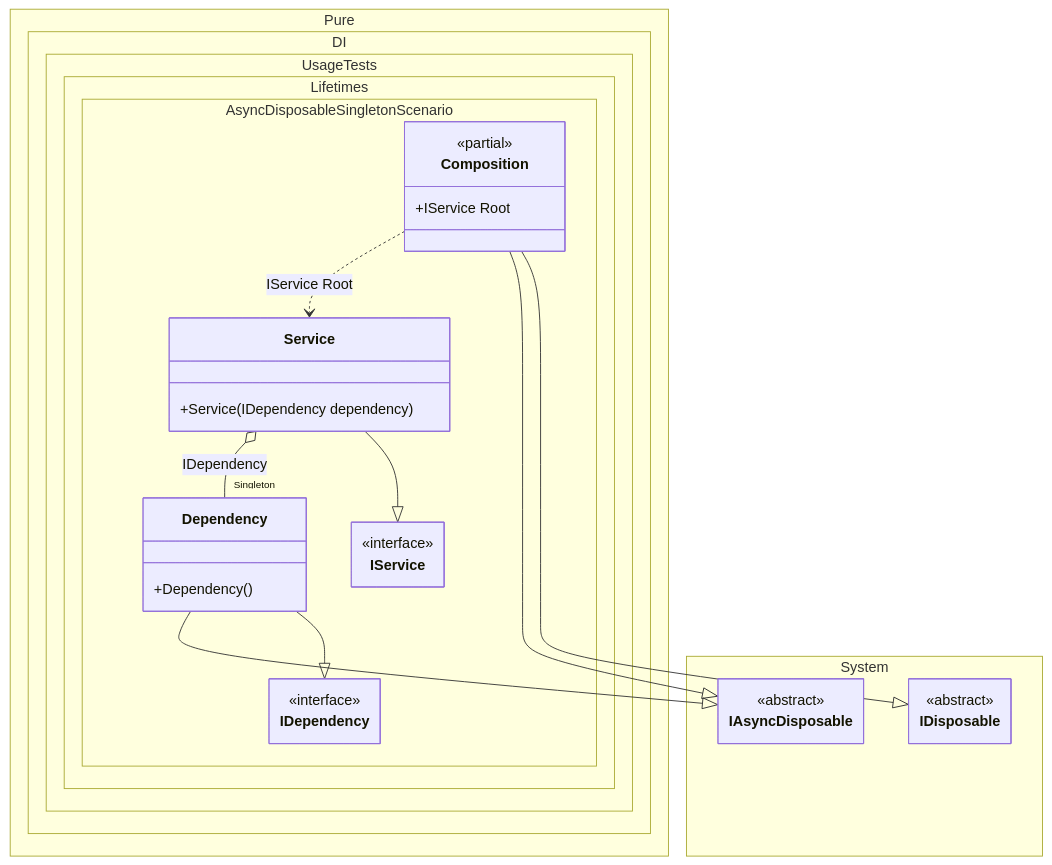
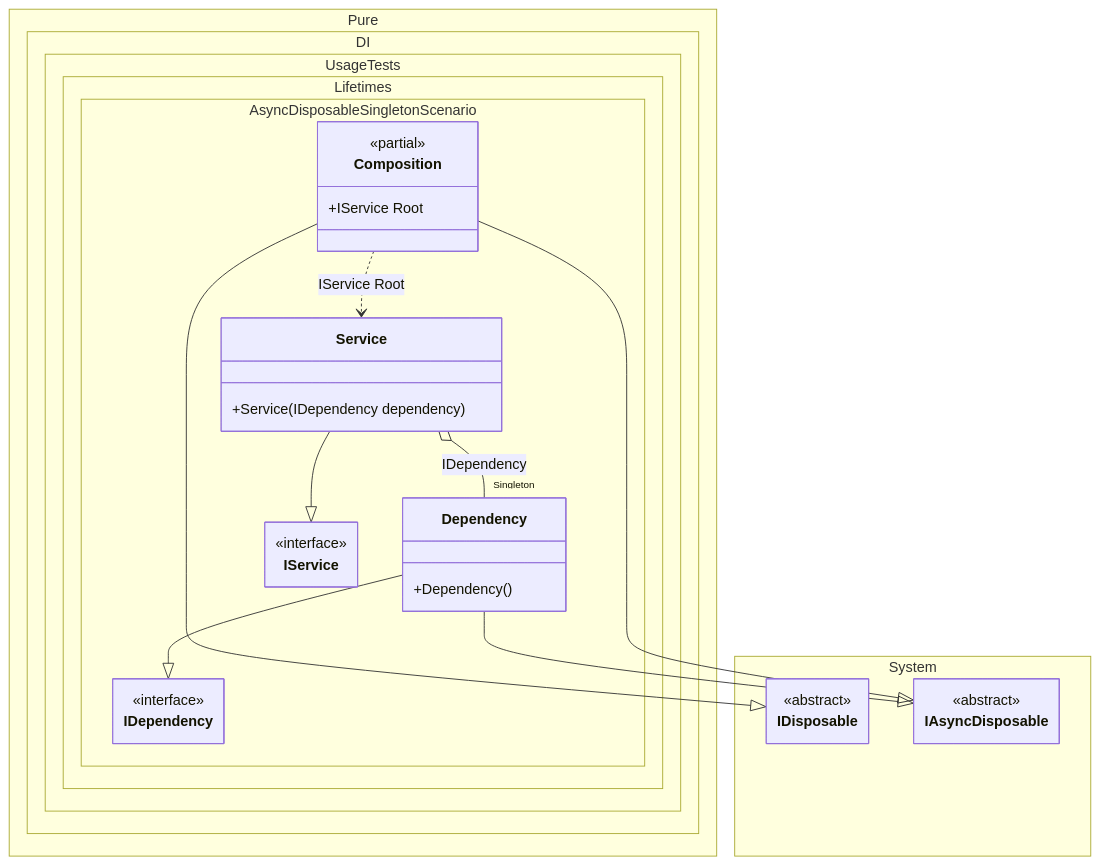
Before and after one commit to DevTeam/Pure.DI: the diagram in readme/async-disposable-singleton.md, drawn with Mermaid. The commit also changed other lines of this file and 113 other files, not shown here.

````diff
--- a/readme/async-disposable-singleton.md
+++ b/readme/async-disposable-singleton.md
@@ -208,41 +208,41 @@
 ```mermaid
 ---
  config:
   class:
    hideEmptyMembersBox: true
 ---
 classDiagram
 	Composition --|> IDisposable
 	Composition --|> IAsyncDisposable
-	Service --|> IService
 	Dependency --|> IDependency
 	Dependency --|> IAsyncDisposable
+	Service --|> IService
 	Composition ..> Service : IService Root
 	Service o-- "Singleton" Dependency : IDependency
 	namespace Pure.DI.UsageTests.Lifetimes.AsyncDisposableSingletonScenario {
 		class Composition {
 		<<partial>>
 		+IService Root
 		}
 		class Dependency {
 			+Dependency()
 		}
 		class IDependency {
 			<<interface>>
 		}
 		class IService {
 			<<interface>>
 		}
 		class Service {
 			+Service(IDependency dependency)
 		}
 	}
 	namespace System {
 		class IAsyncDisposable {
 			<<abstract>>
 		}
 		class IDisposable {
 			<<abstract>>
 		}
 	}
 ```
````
